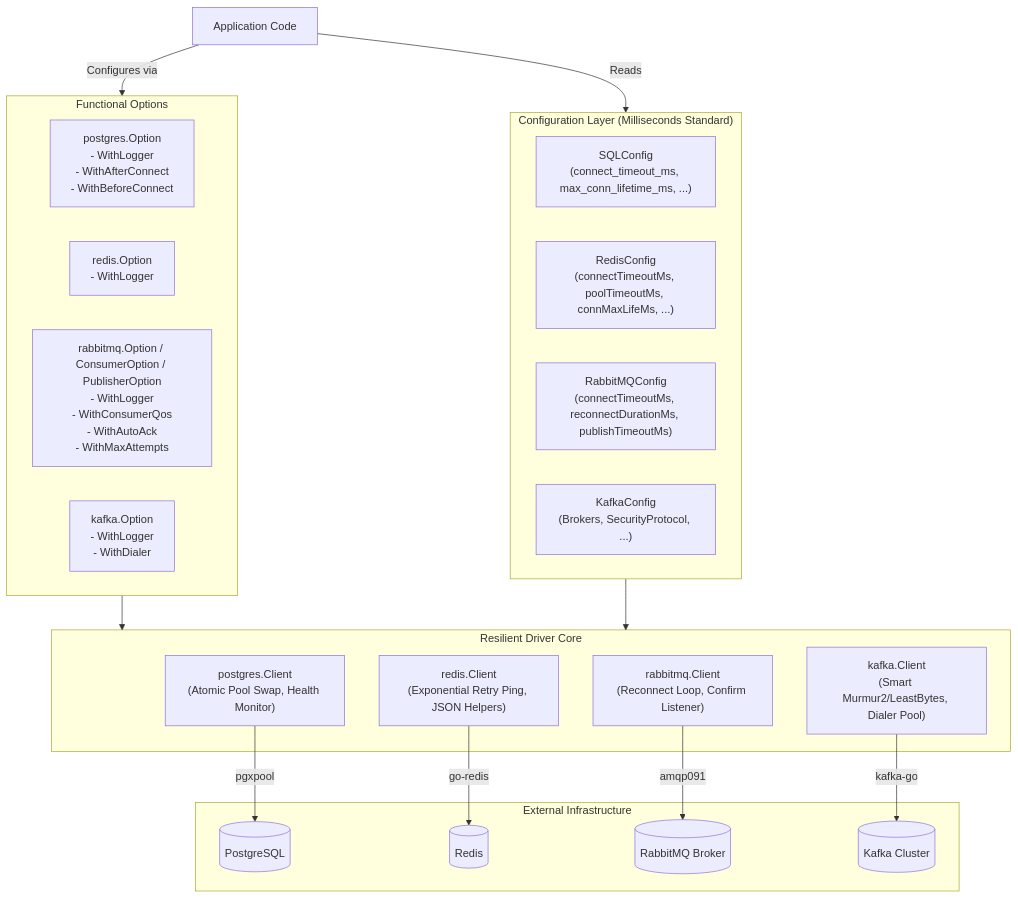
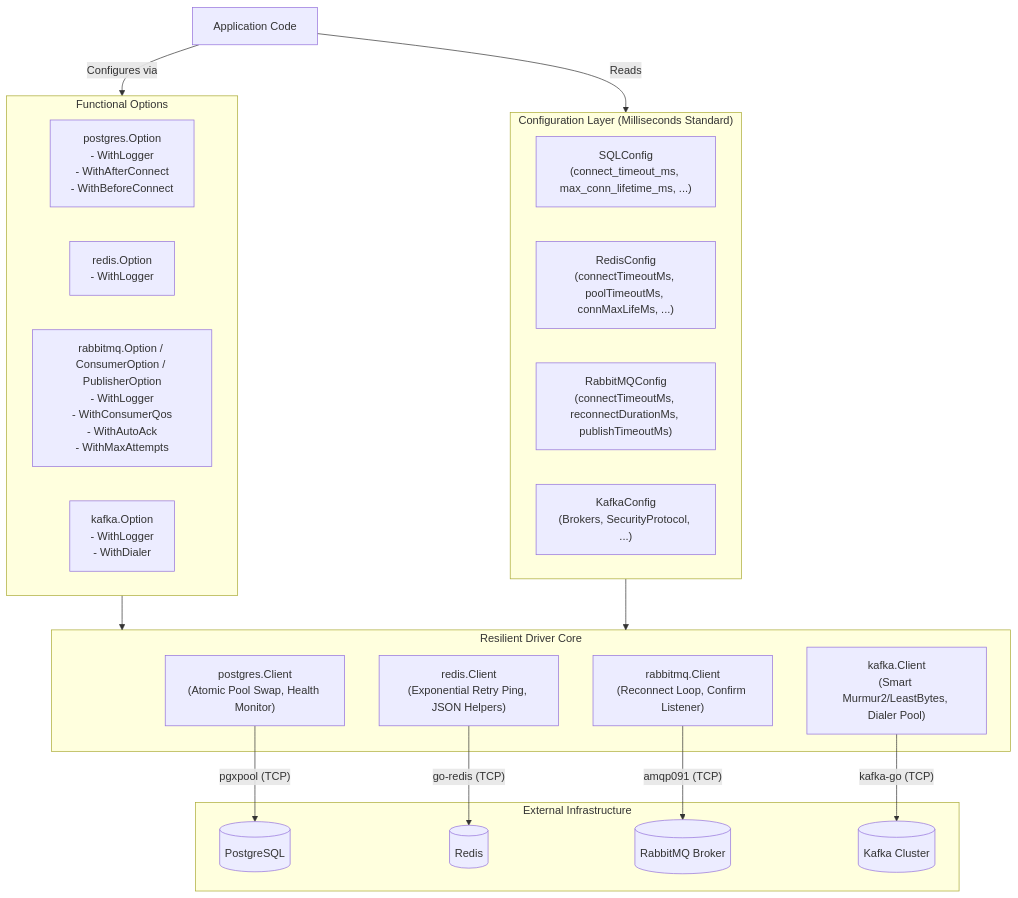
Before and after one commit to Jkenyut/nvx-go-driver: the first of 3 diagrams in ARCHITECTURE.md, drawn with Mermaid. The commit also changed other lines of this file and 10 other files, not shown here.

Commit message:
feat: add OpenTelemetry distributed tracing header propagation to Kafka client

````diff
--- a/ARCHITECTURE.md
+++ b/ARCHITECTURE.md
@@ -10,42 +10,42 @@
 ```mermaid
-graph TD
-    App[Application Code]
+flowchart TD
+    App["Application Code"]
     
     subgraph ConfigLayer["Configuration Layer (Milliseconds Standard)"]
         SQLCfg["SQLConfig<br/>(connect_timeout_ms, max_conn_lifetime_ms, ...)"]
         RedisCfg["RedisConfig<br/>(connectTimeoutMs, poolTimeoutMs, connMaxLifeMs, ...)"]
         RBCfg["RabbitMQConfig<br/>(connectTimeoutMs, reconnectDurationMs, publishTimeoutMs)"]
         KafkaCfg["KafkaConfig<br/>(Brokers, SecurityProtocol, ...)"]
     end
 
     subgraph OptionPattern["Functional Options"]
         SQLOpts["postgres.Option<br/>- WithLogger<br/>- WithAfterConnect<br/>- WithBeforeConnect"]
         RedisOpts["redis.Option<br/>- WithLogger"]
         RBOpts["rabbitmq.Option / ConsumerOption / PublisherOption<br/>- WithLogger<br/>- WithConsumerQos<br/>- WithAutoAck<br/>- WithMaxAttempts"]
         KafkaOpts["kafka.Option<br/>- WithLogger<br/>- WithDialer"]
     end
 
     subgraph Drivers["Resilient Driver Core"]
         PGClient["postgres.Client<br/>(Atomic Pool Swap, Health Monitor)"]
         RedisClient["redis.Client<br/>(Exponential Retry Ping, JSON Helpers)"]
         RabbitClient["rabbitmq.Client<br/>(Reconnect Loop, Confirm Listener)"]
         KafkaClient["kafka.Client<br/>(Smart Murmur2/LeastBytes, Dialer Pool)"]
     end
 
     subgraph ExternalServices["External Infrastructure"]
         PGServer[("PostgreSQL")]
         RedisServer[("Redis")]
         RabbitServer[("RabbitMQ Broker")]
         KafkaBrokers[("Kafka Cluster")]
     end
 
     App -->|Reads| ConfigLayer
     App -->|Configures via| OptionPattern
     OptionPattern --> Drivers
     ConfigLayer --> Drivers
 
-    PGClient -->|pgxpool| PGServer
-    RedisClient -->|go-redis| RedisServer
-    RabbitClient -->|amqp091| RabbitServer
-    KafkaClient -->|kafka-go| KafkaBrokers
+    PGClient -->|"pgxpool (TCP)"| PGServer
+    RedisClient -->|"go-redis (TCP)"| RedisServer
+    RabbitClient -->|"amqp091 (TCP)"| RabbitServer
+    KafkaClient -->|"kafka-go (TCP)"| KafkaBrokers
 ```
````
